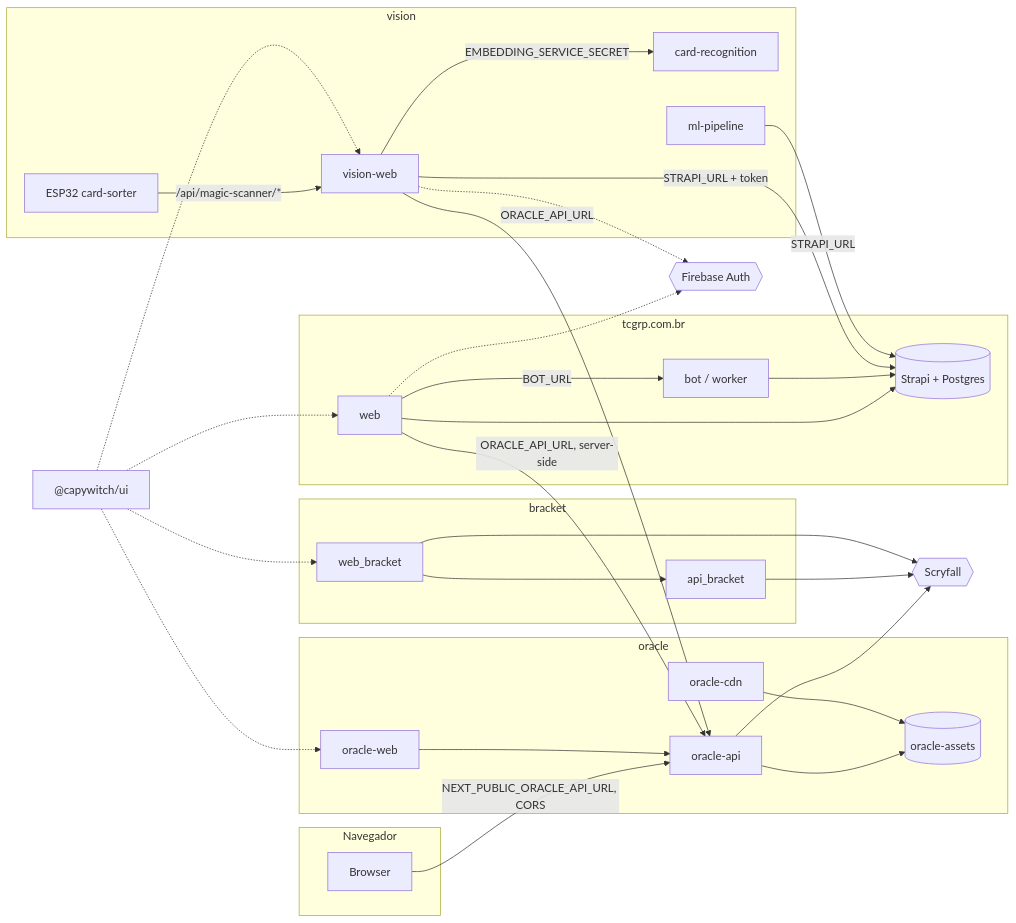
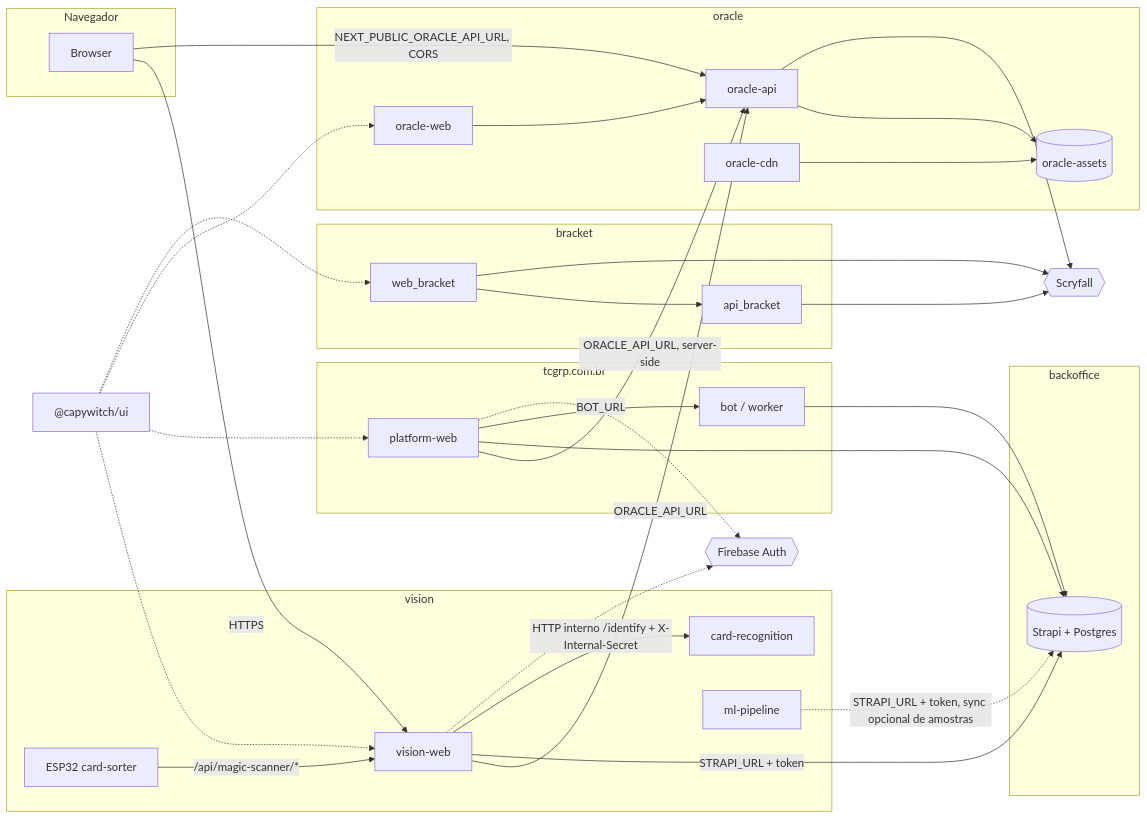
One commit to capywitch/.github changed the diagram in docs/arquitetura-ecossistema.md. Above: the diagram before and after it, drawn with Mermaid. The commit also changed other lines of this file, not shown here.

Commit message:
docs: update ecosystem architecture diagram

````diff
--- a/docs/arquitetura-ecossistema.md
+++ b/docs/arquitetura-ecossistema.md
@@ -19,52 +20,55 @@
 ```mermaid
 flowchart LR
   subgraph Navegador
     B[Browser]
   end
 
   subgraph tcgrp[tcgrp.com.br]
-    TW[web]
+    TW[platform-web]
+    TB[bot / worker]
+  end
+  subgraph backoffice[backoffice]
     TS[(Strapi + Postgres)]
-    TB[bot / worker]
   end
   subgraph oracle[oracle]
     OA[oracle-api]
     OC[oracle-cdn]
     OV[(oracle-assets)]
     OW[oracle-web]
   end
   subgraph vision[vision]
     VW[vision-web]
     VR[card-recognition]
     VM[ml-pipeline]
     ESP[ESP32 card-sorter]
   end
   subgraph bracket[bracket]
     BW[web_bracket]
     BA[api_bracket]
   end
   UI["@capywitch/ui"]
   FB{{Firebase Auth}}
   SF{{Scryfall}}
 
+  B -->|HTTPS| VW
   TW -->|ORACLE_API_URL, server-side| OA
   TW --> TS
   TB --> TS
   TW -->|BOT_URL| TB
   B -->|NEXT_PUBLIC_ORACLE_API_URL, CORS| OA
   VW -->|ORACLE_API_URL| OA
   VW -->|STRAPI_URL + token| TS
-  VW -->|EMBEDDING_SERVICE_SECRET| VR
+  VW -->|HTTP interno /identify + X-Internal-Secret| VR
   ESP -->|/api/magic-scanner/*| VW
-  VM -->|STRAPI_URL| TS
+  VM -.->|STRAPI_URL + token, sync opcional de amostras| TS
   OA --> OV
   OC --> OV
   OW --> OA
   BW --> BA
   BA --> SF
   BW --> SF
   OA --> SF
   TW -.-> FB
   VW -.-> FB
   UI -.-> TW & OW & VW & BW
 ```
````
